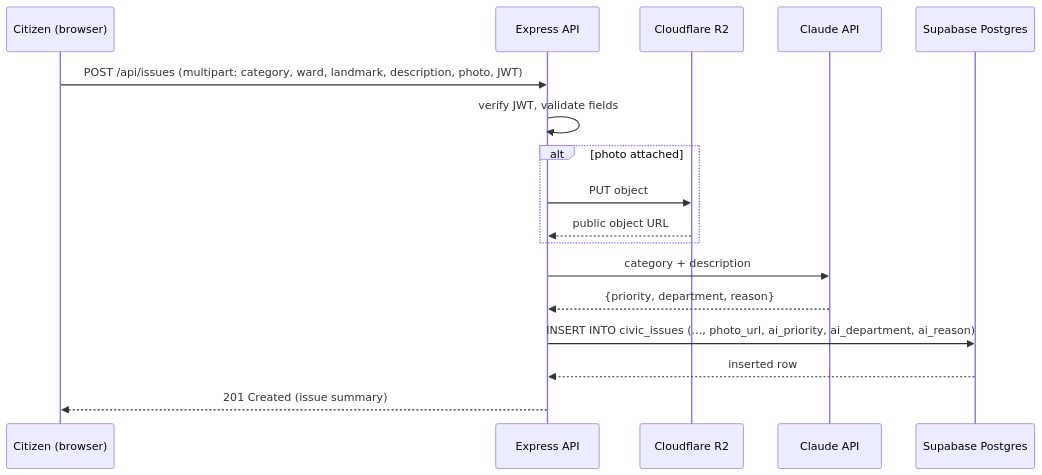
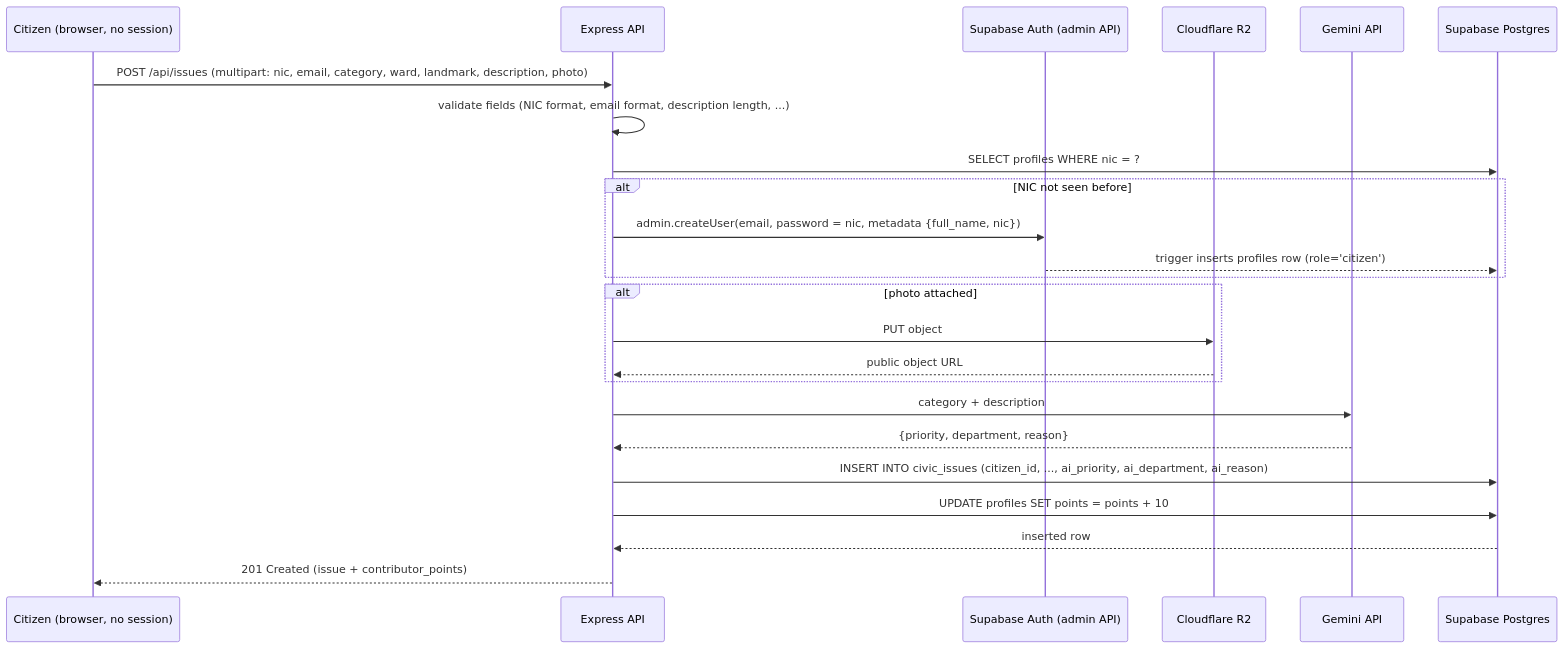
The second of 5 diagrams in docs/srs/04-architecture.md (HasithaErandika/resolve-lk), drawn with Mermaid before and after one commit. The commit also changed other lines of this file and 40 other files, not shown here.

Commit message:
feat: basic flow init with docs

````diff
--- a/docs/srs/04-architecture.md
+++ b/docs/srs/04-architecture.md
@@ -37,20 +42,27 @@
 ```mermaid
 sequenceDiagram
-    participant C as Citizen (browser)
+    participant C as Citizen (browser, no session)
     participant API as Express API
+    participant Auth as Supabase Auth (admin API)
     participant R2 as Cloudflare R2
-    participant AI as Claude API
+    participant AI as Gemini API
     participant DB as Supabase Postgres
 
-    C->>API: POST /api/issues (multipart: category, ward, landmark, description, photo, JWT)
-    API->>API: verify JWT, validate fields
+    C->>API: POST /api/issues (multipart: nic, email, category, ward, landmark, description, photo)
+    API->>API: validate fields (NIC format, email format, description length, ...)
+    API->>DB: SELECT profiles WHERE nic = ?
+    alt NIC not seen before
+        API->>Auth: admin.createUser(email, password = nic, metadata {full_name, nic})
+        Auth-->>DB: trigger inserts profiles row (role='citizen')
+    end
     alt photo attached
         API->>R2: PUT object
         R2-->>API: public object URL
     end
     API->>AI: category + description
     AI-->>API: {priority, department, reason}
-    API->>DB: INSERT INTO civic_issues (..., photo_url, ai_priority, ai_department, ai_reason)
+    API->>DB: INSERT INTO civic_issues (citizen_id, ..., ai_priority, ai_department, ai_reason)
+    API->>DB: UPDATE profiles SET points = points + 10
     DB-->>API: inserted row
-    API-->>C: 201 Created (issue summary)
+    API-->>C: 201 Created (issue + contributor_points)
 ```
````
